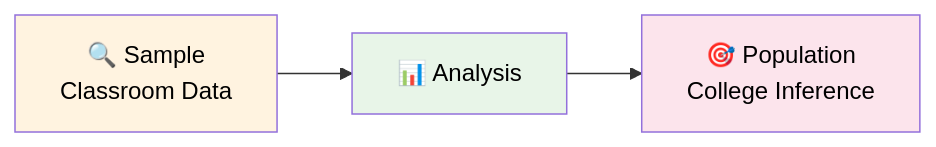
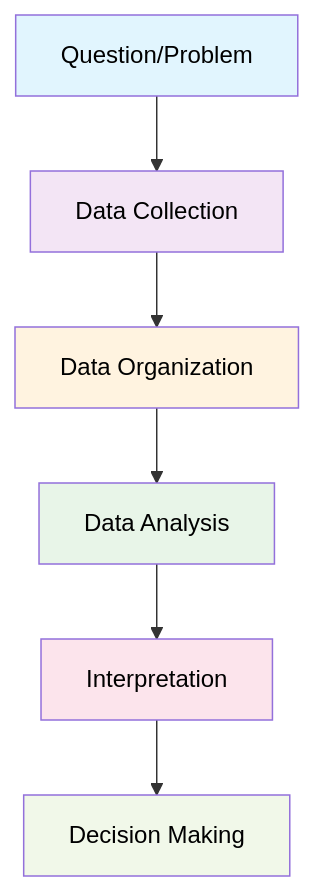
One commit to siddharthkumarrai/Statics changed the first of 4 diagrams in README.md. Above: the diagram before and after it, drawn with Mermaid. The commit also changed other lines of this file, not shown here.

````diff
--- a/README.md
+++ b/README.md
@@ -41,8 +9,15 @@
 ```mermaid
-graph LR
-    A[🔍 Sample<br/>Classroom Data] --> B[📊 Analysis] --> C[🎯 Population<br/>College Inference]
-    style A fill:#fff3e0,color:#000
-    style B fill:#e8f5e8,color:#000
-    style C fill:#fce4ec,color:#000
+flowchart TD
+    A[Question/Problem] --> B[Data Collection]
+    B --> C[Data Organization]
+    C --> D[Data Analysis]
+    D --> E[Interpretation]
+    E --> F[Decision Making]
 
+    style A fill:#e1f5fe,color:#000
+    style B fill:#f3e5f5,color:#000
+    style C fill:#fff3e0,color:#000
+    style D fill:#e8f5e8,color:#000
+    style E fill:#fce4ec,color:#000
+    style F fill:#f1f8e9,color:#000
 ```
````
